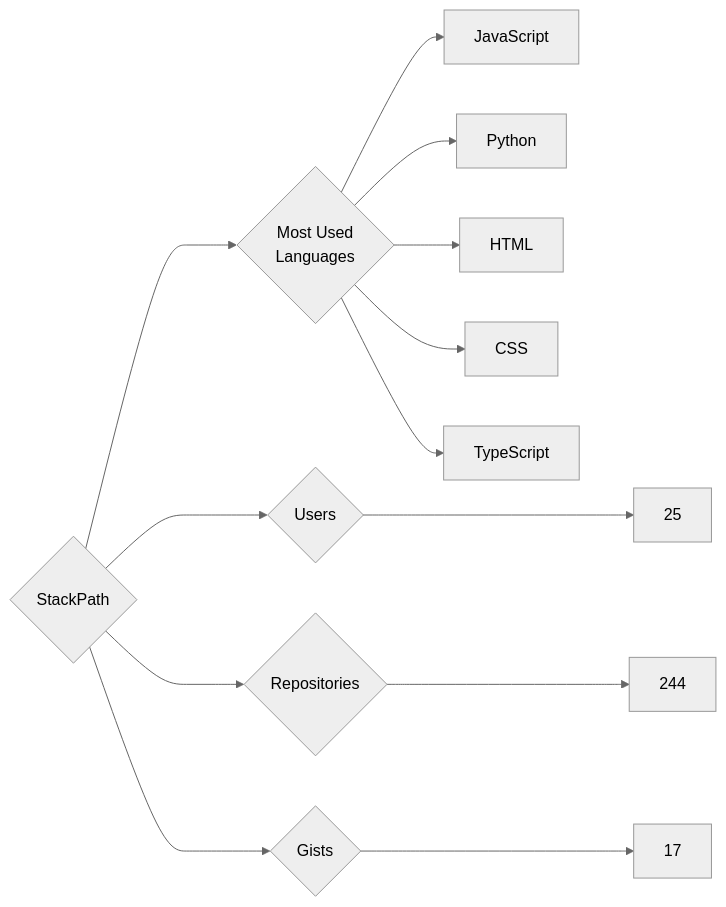
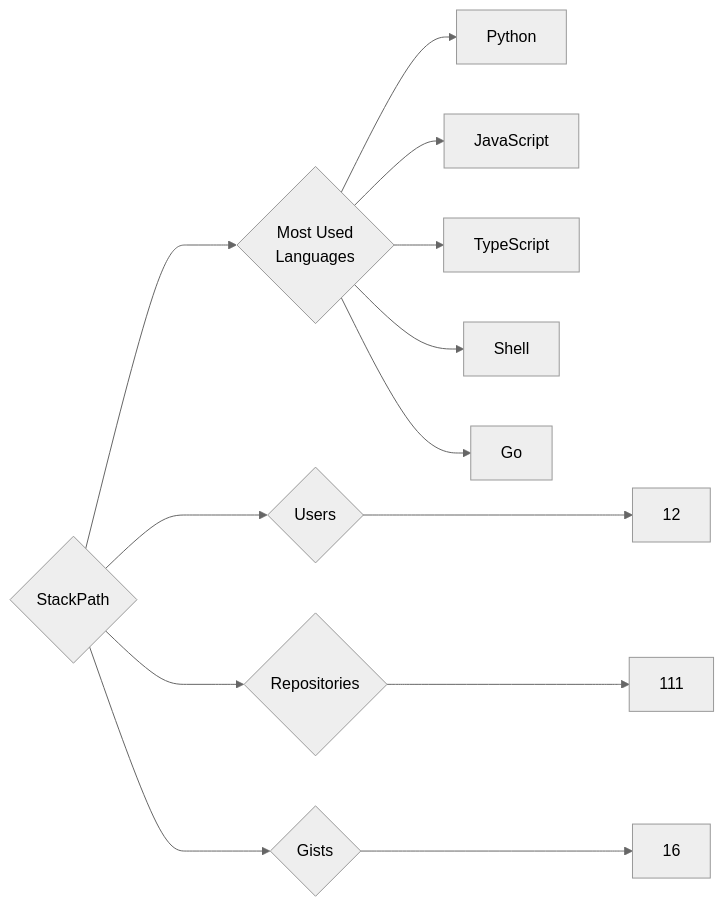
Before and after one commit to trickest/insiders: the diagram in targets/StackPath/README.md, drawn with Mermaid (neutral theme). The commit also changed 939 other files, not shown here.

````diff
--- a/targets/StackPath/README.md
+++ b/targets/StackPath/README.md
@@ -3,13 +3,13 @@
 ```mermaid
 graph LR
 COMPANY_NAME{StackPath}
-COMPANY_NAME ---> U{Users} ---> UN[25]
-COMPANY_NAME ---> R{Repositories} ---> RN[244]
-COMPANY_NAME ---> G{Gists} ---> GN[17]
+COMPANY_NAME ---> U{Users} ---> UN[12]
+COMPANY_NAME ---> R{Repositories} ---> RN[111]
+COMPANY_NAME ---> G{Gists} ---> GN[16]
 COMPANY_NAME ---> ML{Most Used<br>Languages}
+ML --> Python[Python]
 ML --> JavaScript[JavaScript]
-ML --> Python[Python]
-ML --> HTML[HTML]
-ML --> CSS[CSS]
 ML --> TypeScript[TypeScript]
+ML --> Shell[Shell]
+ML --> Go[Go]
 ```
````
